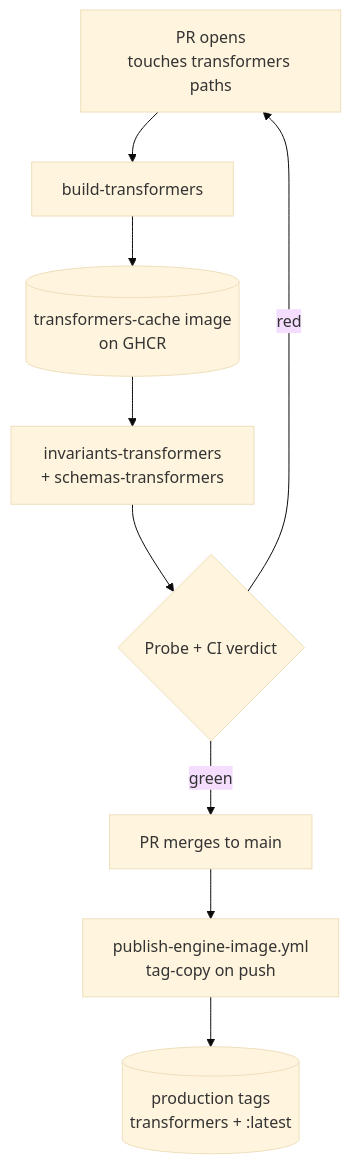
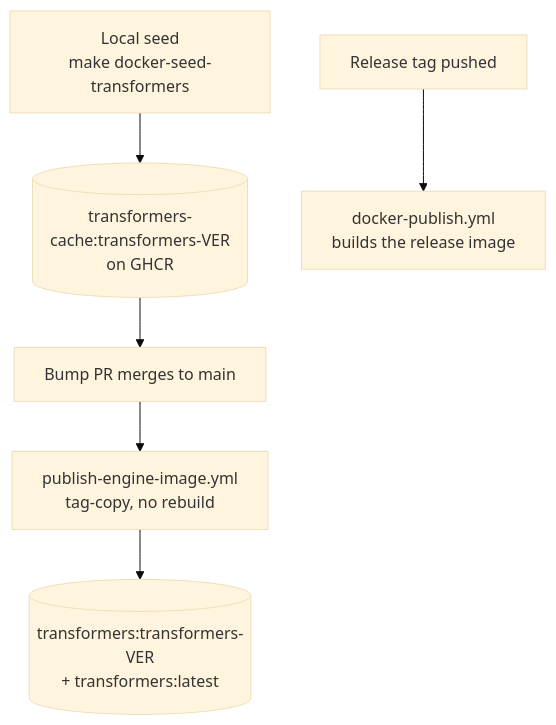
The first of 2 diagrams in docs/explanation/architecture/pipeline-architecture.md (henrycgbaker/LLenergyMeasure), drawn with Mermaid (base theme) before and after one commit. The commit also changed other lines of this file and 23 other files, not shown here.

First line of the commit message:
docs: align documentation with byte-verification engine knowledge flow (#759)

````diff
--- a/docs/explanation/architecture/pipeline-architecture.md
+++ b/docs/explanation/architecture/pipeline-architecture.md
@@ -21,15 +23,14 @@
 ```mermaid
 flowchart TD
-    pr[PR opens<br/>touches transformers paths]
-    build[build-transformers]
-    cache[(transformers-cache image<br/>on GHCR)]
-    cells[invariants-transformers<br/>+ schemas-transformers]
-    gate{Probe + CI verdict}
-    merge[PR merges to main]
-    publish[publish-engine-image.yml<br/>tag-copy on push]
-    prod[(production tags<br/>transformers + :latest)]
+    seed[Local seed<br/>make docker-seed-transformers]
+    cache[(transformers-cache:transformers-VER<br/>on GHCR)]
+    merge[Bump PR merges to main]
+    promote[publish-engine-image.yml<br/>tag-copy, no rebuild]
+    prod[(transformers:transformers-VER<br/>+ transformers:latest)]
+    release[Release tag pushed]
+    relbuild[docker-publish.yml<br/>builds the release image]
 
-    pr --> build --> cache --> cells --> gate
-    gate -->|green| merge --> publish --> prod
-    gate -->|red| pr
+    seed --> cache
+    cache --> merge --> promote --> prod
+    release --> relbuild
 ```
````
